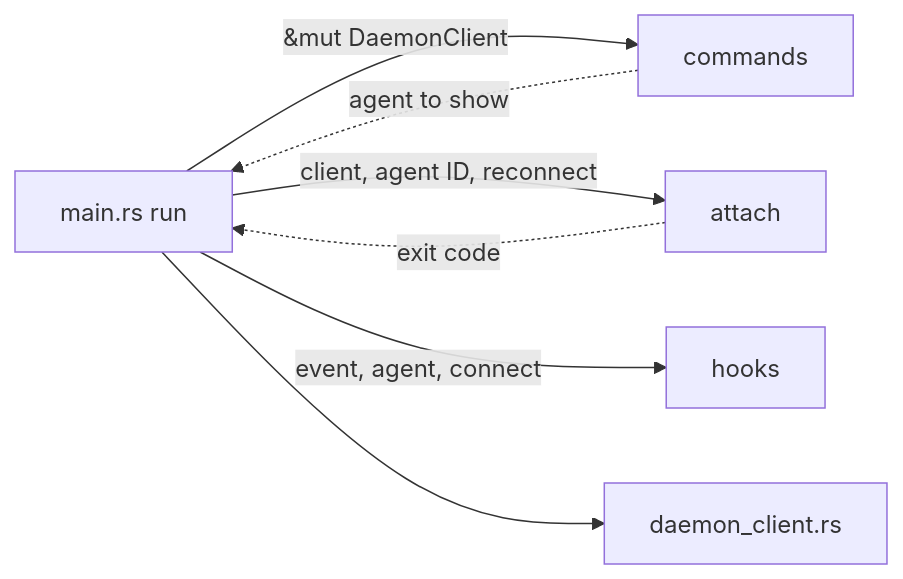
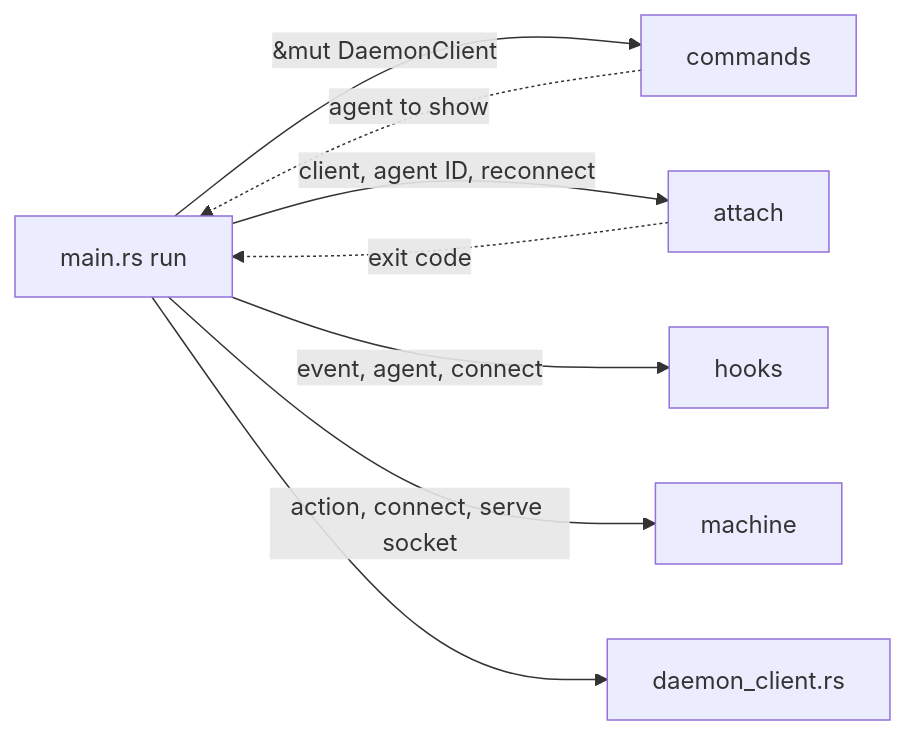
One commit to y5ez3g/facadecode changed the diagram in docs/core/islands/facade.md. Above: the diagram before and after it, drawn with Mermaid. The commit also changed other lines of this file and 5 other files, not shown here.

````diff
--- a/docs/core/islands/facade.md
+++ b/docs/core/islands/facade.md
@@ -58,9 +59,10 @@
 ```mermaid
 flowchart LR
   run["main.rs run"] -->|"&mut DaemonClient"| commands
   run -->|"client, agent ID, reconnect"| attach
   run -->|"event, agent, connect"| hooks
+  run -->|"action, connect, serve socket"| machine
   run --> dc["daemon_client.rs"]
   commands -.->|"agent to show"| run
   attach -.->|"exit code"| run
 ```
````
